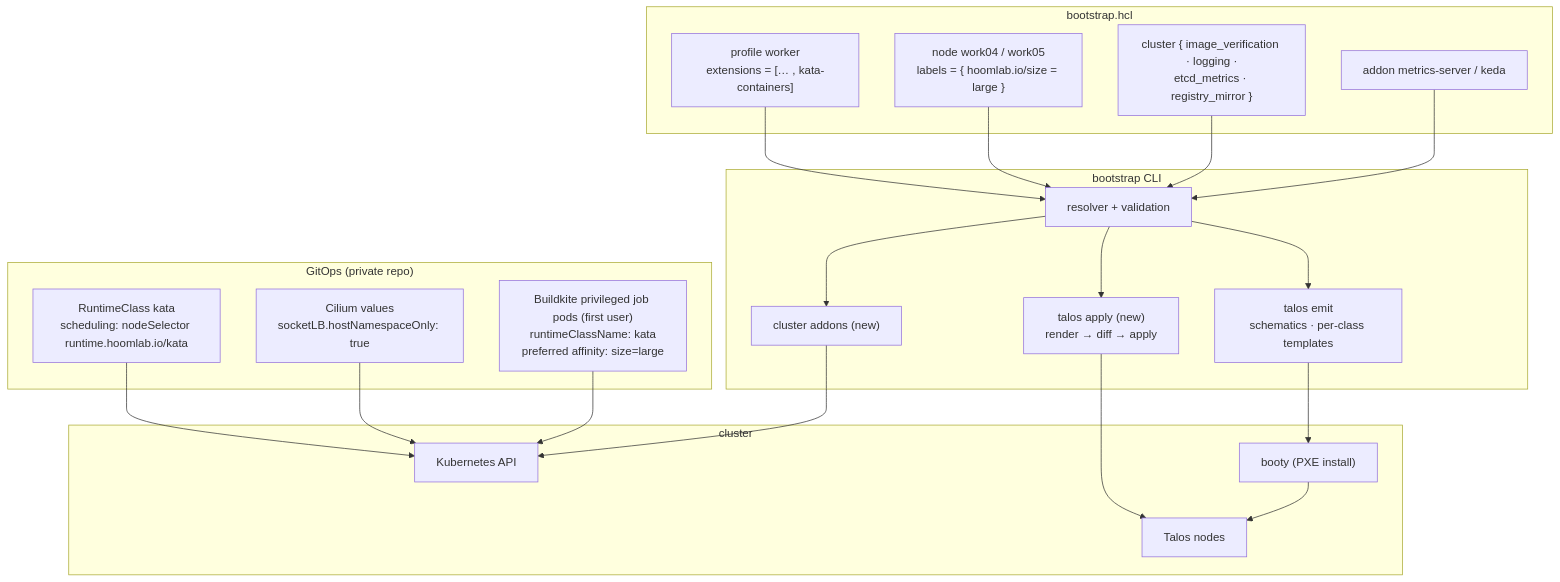
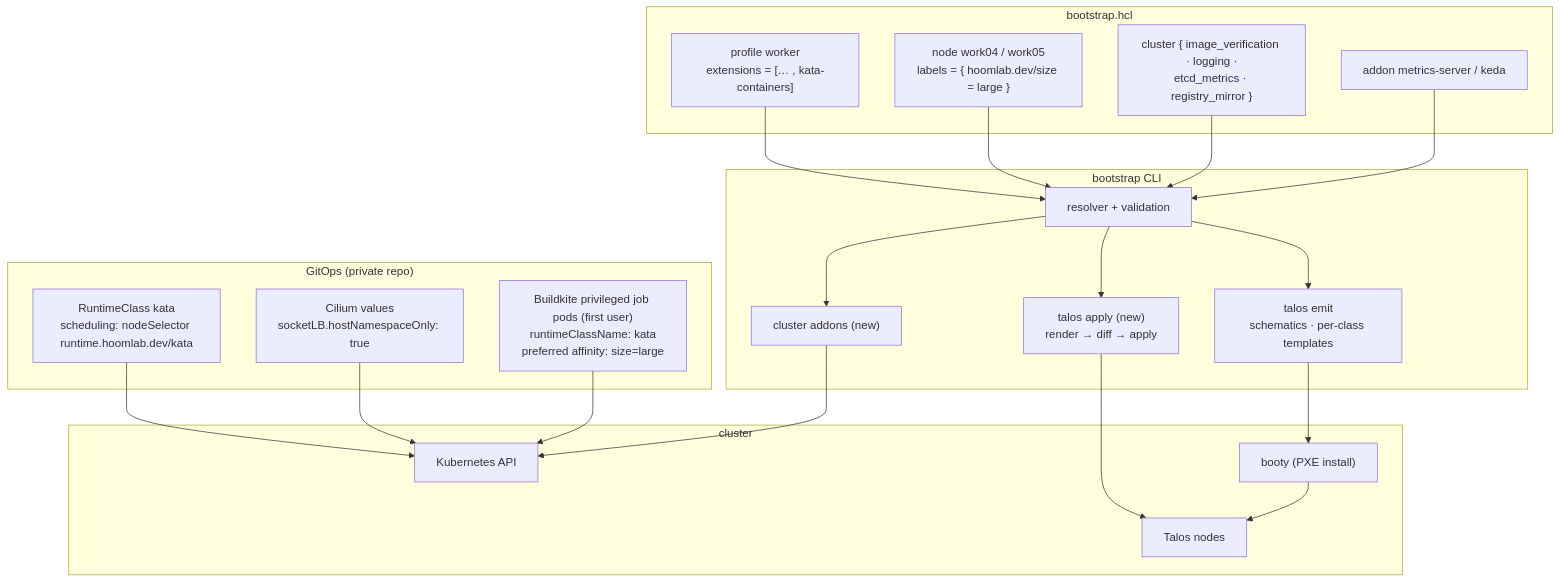
One commit to donaldgifford/hoomlab changed the first of 3 diagrams in docs/design/0005-talos-11311-upgrade-with-kata-ci-isolation-and-cluster-options.md. Above: the diagram before and after it, drawn with Mermaid. The commit also changed other lines of this file and 10 other files, not shown here.

First line of the commit message:
refactor(bootstrap): move the label namespace to hoomlab.dev

````diff
--- a/docs/design/0005-talos-11311-upgrade-with-kata-ci-isolation-and-cluster-options.md
+++ b/docs/design/0005-talos-11311-upgrade-with-kata-ci-isolation-and-cluster-options.md
@@ -238,35 +238,35 @@
 ```mermaid
 flowchart TB
     subgraph HCL["bootstrap.hcl"]
         P["profile worker<br/>extensions = [… , kata-containers]"]
-        N["node work04 / work05<br/>labels = { hoomlab.io/size = large }"]
+        N["node work04 / work05<br/>labels = { hoomlab.dev/size = large }"]
         O["cluster { image_verification · logging ·<br/>etcd_metrics · registry_mirror }"]
         A["addon metrics-server / keda"]
     end
     subgraph CLI["bootstrap CLI"]
         R["resolver + validation"]
         E["talos emit<br/>schematics · per-class templates"]
         AP["talos apply (new)<br/>render → diff → apply"]
         AD["cluster addons (new)"]
     end
     subgraph Live["cluster"]
         BOOT["booty (PXE install)"]
         NODES["Talos nodes"]
         K8S["Kubernetes API"]
     end
     subgraph GitOps["GitOps (private repo)"]
-        RC["RuntimeClass kata<br/>scheduling: nodeSelector runtime.hoomlab.io/kata"]
+        RC["RuntimeClass kata<br/>scheduling: nodeSelector runtime.hoomlab.dev/kata"]
         CV["Cilium values<br/>socketLB.hostNamespaceOnly: true"]
         CI["Buildkite privileged job pods (first user)<br/>runtimeClassName: kata<br/>preferred affinity: size=large"]
     end
     P --> R
     N --> R
     O --> R
     A --> R
     R --> E --> BOOT --> NODES
     R --> AP --> NODES
     R --> AD --> K8S
     RC --> K8S
     CV --> K8S
     CI --> K8S
 ```
````
